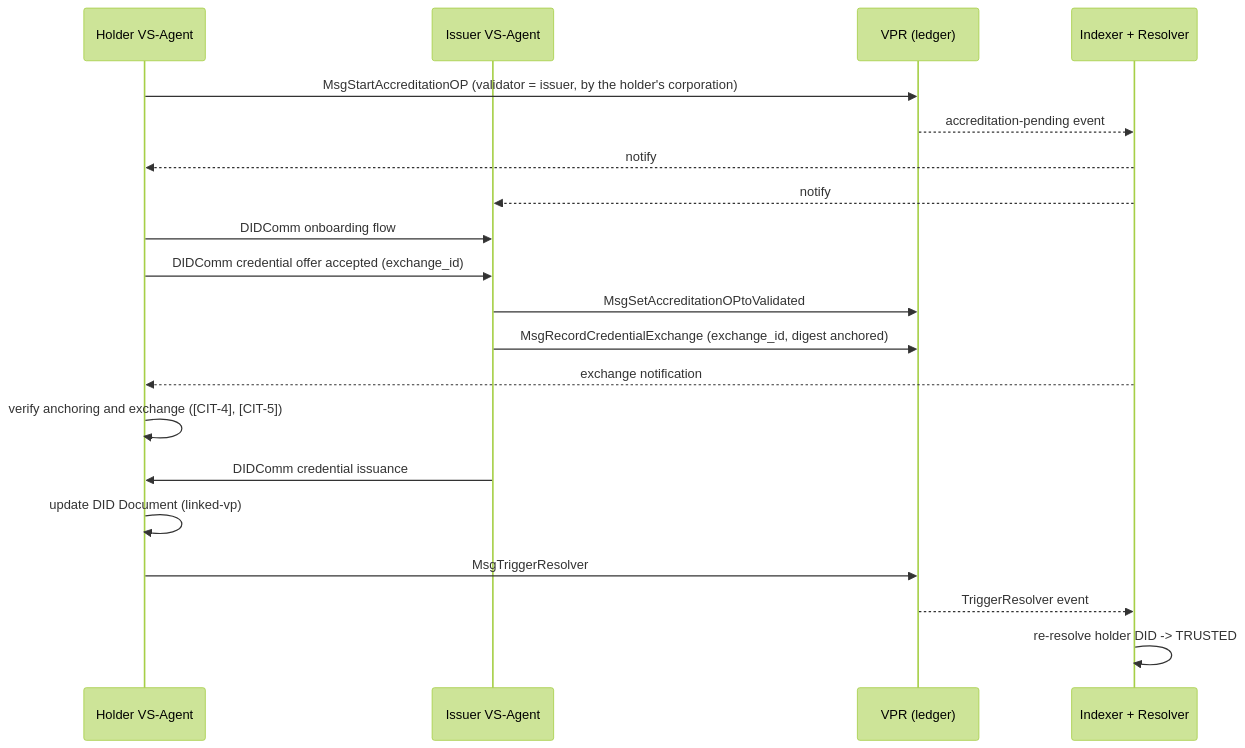
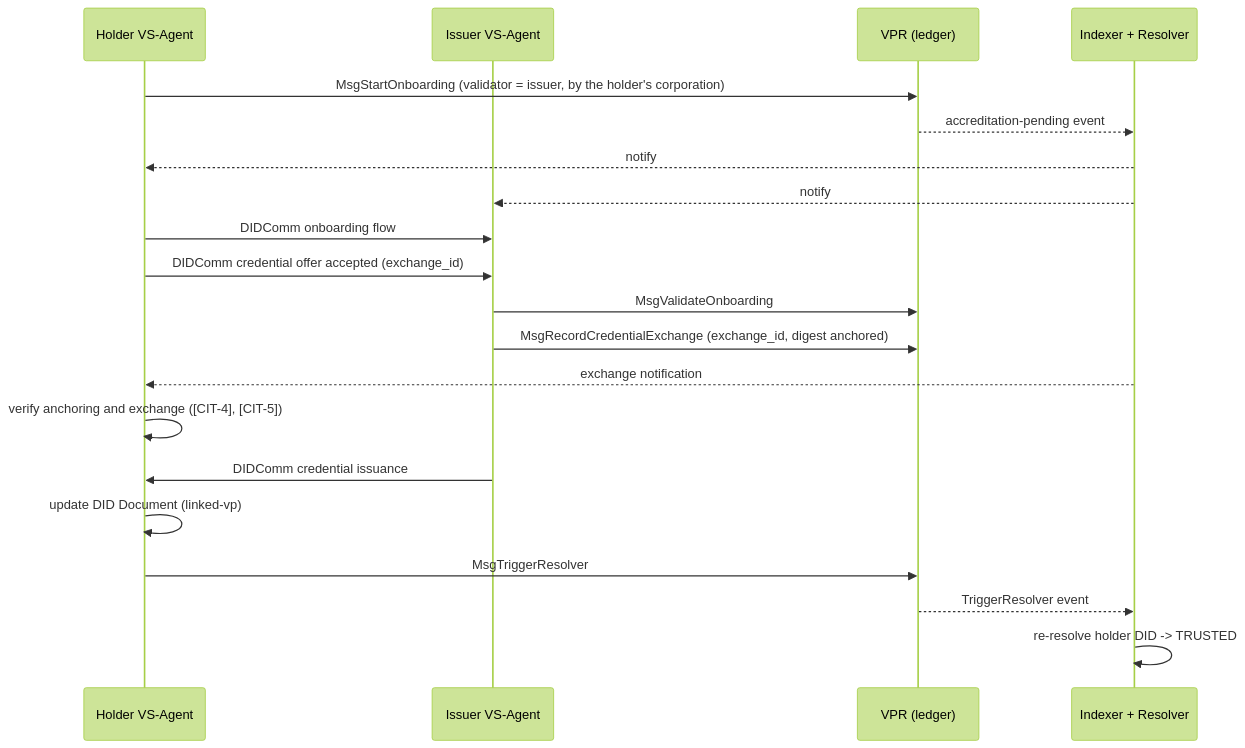
Before and after one commit to verana-labs/verifiable-trust-spec: diagram 15 of 16 in spec.md, drawn with Mermaid (forest theme). The commit also changed other lines of this file, not shown here.

Commit message:
VPR v5 renames followed: Start, Renew, Validate Onboarding and Withdraw Onboarding Request (names and links), onboarding_summary_digest, onboarding_state, *_accreditation_validity_period

````diff
--- a/spec.md
+++ b/spec.md
@@ -2621,23 +2621,23 @@
 ```mermaid
 sequenceDiagram
     participant Holder as Holder VS-Agent
     participant Issuer as Issuer VS-Agent
     participant VPR as VPR (ledger)
     participant Idx as Indexer + Resolver
 
-    Holder->>VPR: MsgStartAccreditationOP (validator = issuer, by the holder's corporation)
+    Holder->>VPR: MsgStartOnboarding (validator = issuer, by the holder's corporation)
     VPR-->>Idx: accreditation-pending event
     Idx-->>Holder: notify
     Idx-->>Issuer: notify
     Holder->>Issuer: DIDComm onboarding flow
     Holder->>Issuer: DIDComm credential offer accepted (exchange_id)
-    Issuer->>VPR: MsgSetAccreditationOPtoValidated
+    Issuer->>VPR: MsgValidateOnboarding
     Issuer->>VPR: MsgRecordCredentialExchange (exchange_id, digest anchored)
     Idx-->>Holder: exchange notification
     Holder->>Holder: verify anchoring and exchange ([CIT-4], [CIT-5])
     Issuer->>Holder: DIDComm credential issuance
     Holder->>Holder: update DID Document (linked-vp)
     Holder->>VPR: MsgTriggerResolver
     VPR-->>Idx: TriggerResolver event
     Idx->>Idx: re-resolve holder DID -> TRUSTED
 ```
````
